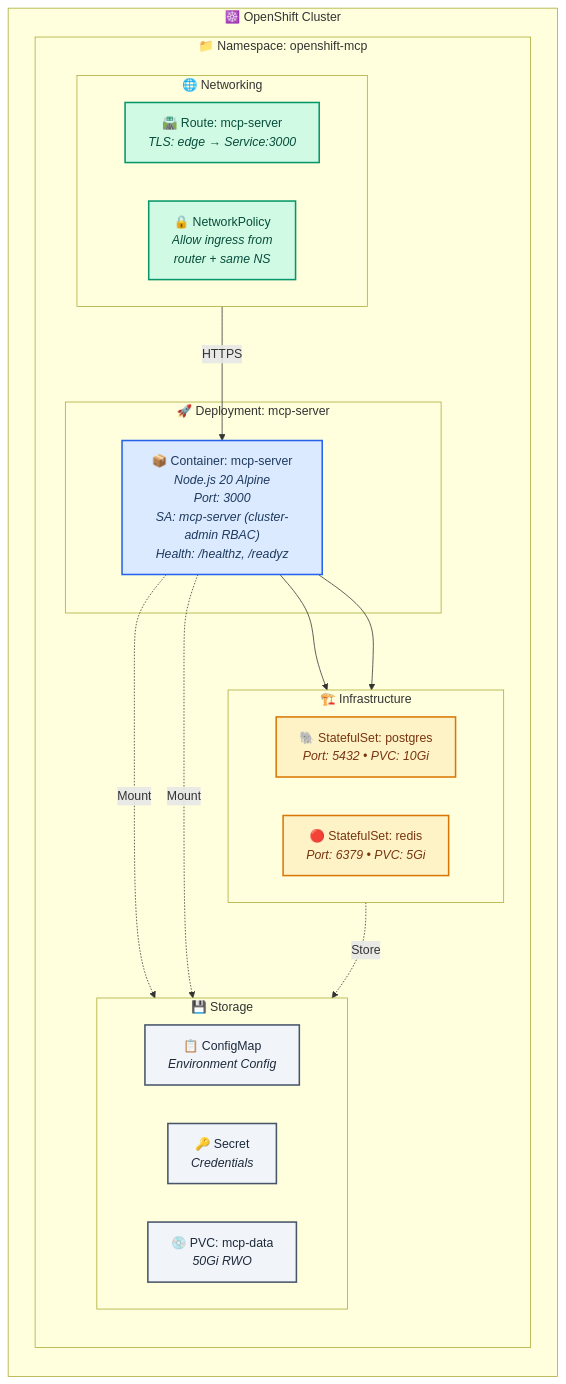
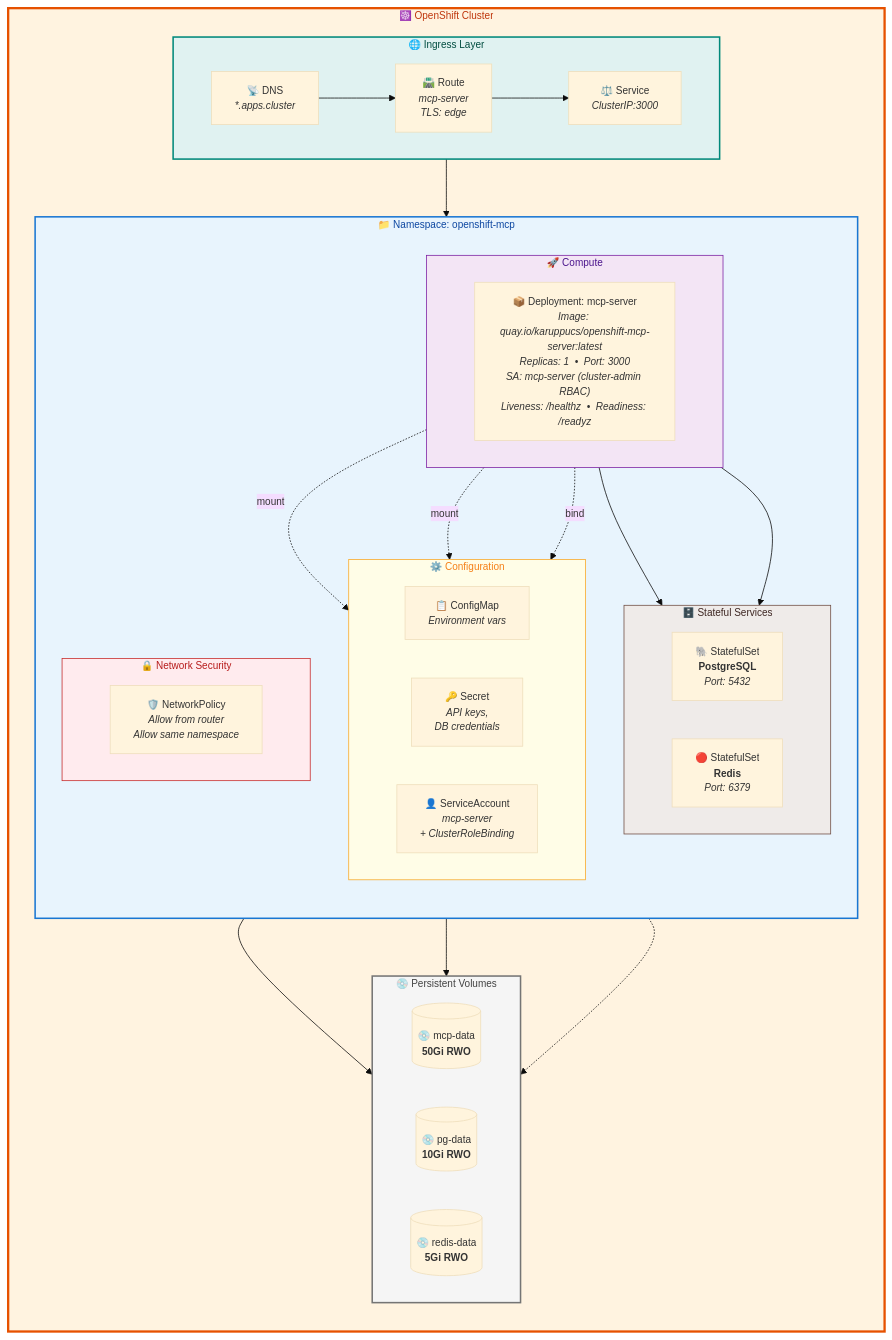
The second of 3 diagrams in docs/architecture.md (cskaruppu/Openshift-mcp-server), drawn with Mermaid before and after one commit. The commit also changed other lines of this file, not shown here.

First line of the commit message:
feat: redesign architecture.md as Red Hat-style reference architecture

````diff
--- a/docs/architecture.md
+++ b/docs/architecture.md
@@ -140,50 +168,68 @@
 ```mermaid
-graph TB
-    subgraph CLUSTER["☸️ OpenShift Cluster"]
+%%{init: {'theme': 'base', 'themeVariables': { 'fontSize': '13px' }}}%%
+
+flowchart TB
+    subgraph OCPCLUSTER["☸️ OpenShift Cluster"]
         direction TB
 
-        subgraph NS["📁 Namespace: openshift-mcp"]
+        subgraph INGRESS["🌐 Ingress Layer"]
+            direction LR
+            DNS["📡 DNS<br/><i>*.apps.cluster</i>"]
+            ROUTE["🛣️ Route<br/><i>mcp-server</i><br/><i>TLS: edge</i>"]
+            SVC["⚖️ Service<br/><i>ClusterIP:3000</i>"]
+        end
+
+        subgraph NAMESPACE["📁 Namespace: openshift-mcp"]
             direction TB
 
-            subgraph DEP["🚀 Deployment: mcp-server"]
-                POD["📦 Container: mcp-server<br/><i>Node.js 20 Alpine</i><br/><i>Port: 3000</i><br/><i>SA: mcp-server (cluster-admin RBAC)</i><br/><i>Health: /healthz, /readyz</i>"]
+            subgraph COMPUTE["🚀 Compute"]
+                direction LR
+                DEP["📦 Deployment: mcp-server<br/><i>Image: quay.io/karuppucs/openshift-mcp-server:latest</i><br/><i>Replicas: 1 &nbsp;•&nbsp; Port: 3000</i><br/><i>SA: mcp-server (cluster-admin RBAC)</i><br/><i>Liveness: /healthz &nbsp;•&nbsp; Readiness: /readyz</i>"]
             end
 
-            subgraph INFRA["🏗️ Infrastructure"]
+            subgraph STATEFUL["🗄️ Stateful Services"]
                 direction LR
-                PG["🐘 StatefulSet: postgres<br/><i>Port: 5432 • PVC: 10Gi</i>"]
-                RD["🔴 StatefulSet: redis<br/><i>Port: 6379 • PVC: 5Gi</i>"]
+                PG["🐘 StatefulSet<br/><b>PostgreSQL</b><br/><i>Port: 5432</i>"]
+                REDIS["🔴 StatefulSet<br/><b>Redis</b><br/><i>Port: 6379</i>"]
             end
 
-            subgraph NET["🌐 Networking"]
+            subgraph CONFIG["⚙️ Configuration"]
                 direction LR
-                RT["🛣️ Route: mcp-server<br/><i>TLS: edge → Service:3000</i>"]
-                NP["🔒 NetworkPolicy<br/><i>Allow ingress from<br/>router + same NS</i>"]
+                CM["📋 ConfigMap<br/><i>Environment vars</i>"]
+                SEC["🔑 Secret<br/><i>API keys,</i><br/><i>DB credentials</i>"]
+                SA["👤 ServiceAccount<br/><i>mcp-server</i><br/><i>+ ClusterRoleBinding</i>"]
             end
 
-            subgraph STORAGE["💾 Storage"]
+            subgraph NETPOL["🔒 Network Security"]
                 direction LR
-                CM["📋 ConfigMap<br/><i>Environment Config</i>"]
-                SEC["🔑 Secret<br/><i>Credentials</i>"]
-                PVC["💿 PVC: mcp-data<br/><i>50Gi RWO</i>"]
+                NP["🛡️ NetworkPolicy<br/><i>Allow from router</i><br/><i>Allow same namespace</i>"]
             end
+        end
+
+        subgraph VOLUMES["💿 Persistent Volumes"]
+            direction LR
+            V1[("💿 mcp-data<br/><b>50Gi RWO</b>")]
+            V2[("💿 pg-data<br/><b>10Gi RWO</b>")]
+            V3[("💿 redis-data<br/><b>5Gi RWO</b>")]
         end
     end
 
-    RT -->|"HTTPS"| POD
-    POD --> PG
-    POD --> RD
-    POD -.->|"Mount"| CM
-    POD -.->|"Mount"| SEC
-    PG -.->|"Store"| PVC
+    DNS --> ROUTE --> SVC --> DEP
+    DEP --> PG
+    DEP --> REDIS
+    DEP -.->|mount| CM
+    DEP -.->|mount| SEC
+    DEP -.->|bind| SA
+    PG --> V2
+    REDIS --> V3
+    DEP -.-> V1
 
-    classDef deployment fill:#DBEAFE,stroke:#2563EB,stroke-width:2px,color:#1E3A5F
-    classDef infra fill:#FEF3C7,stroke:#D97706,stroke-width:2px,color:#78350F
-    classDef network fill:#D1FAE5,stroke:#059669,stroke-width:2px,color:#064E3B
-    classDef storage fill:#F1F5F9,stroke:#475569,stroke-width:2px,color:#1E293B
-
-    class POD deployment
-    class PG,RD infra
-    class RT,NP network
-    class CM,SEC,PVC storage
+    style OCPCLUSTER fill:#FFF3E0,stroke:#E65100,stroke-width:3px,color:#BF360C
+    style INGRESS fill:#E0F2F1,stroke:#00897B,stroke-width:2px,color:#004D40
+    style NAMESPACE fill:#E8F4FD,stroke:#1976D2,stroke-width:2px,color:#0D47A1
+    style COMPUTE fill:#F3E5F5,stroke:#7B1FA2,stroke-width:1px,color:#4A148C
+    style STATEFUL fill:#EFEBE9,stroke:#6D4C41,stroke-width:1px,color:#3E2723
+    style CONFIG fill:#FFFDE7,stroke:#F9A825,stroke-width:1px,color:#F57F17
+    style NETPOL fill:#FFEBEE,stroke:#C62828,stroke-width:1px,color:#B71C1C
+    style VOLUMES fill:#F5F5F5,stroke:#757575,stroke-width:2px,color:#424242
 ```
````
